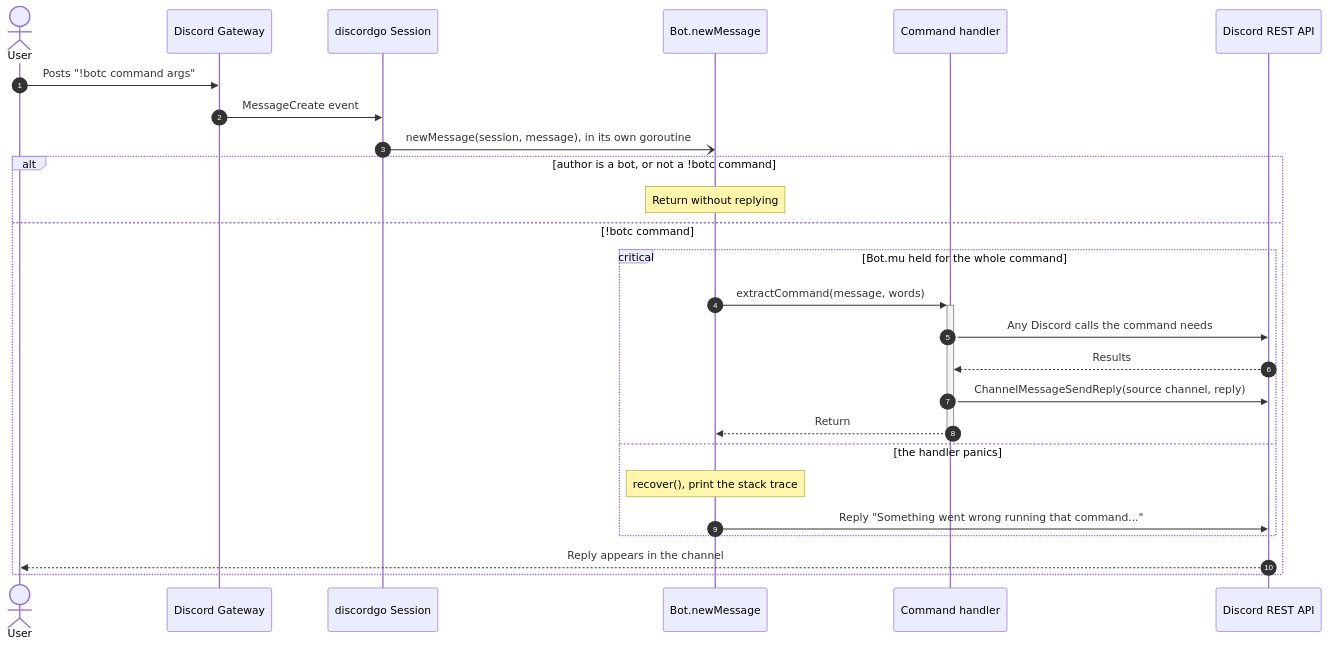
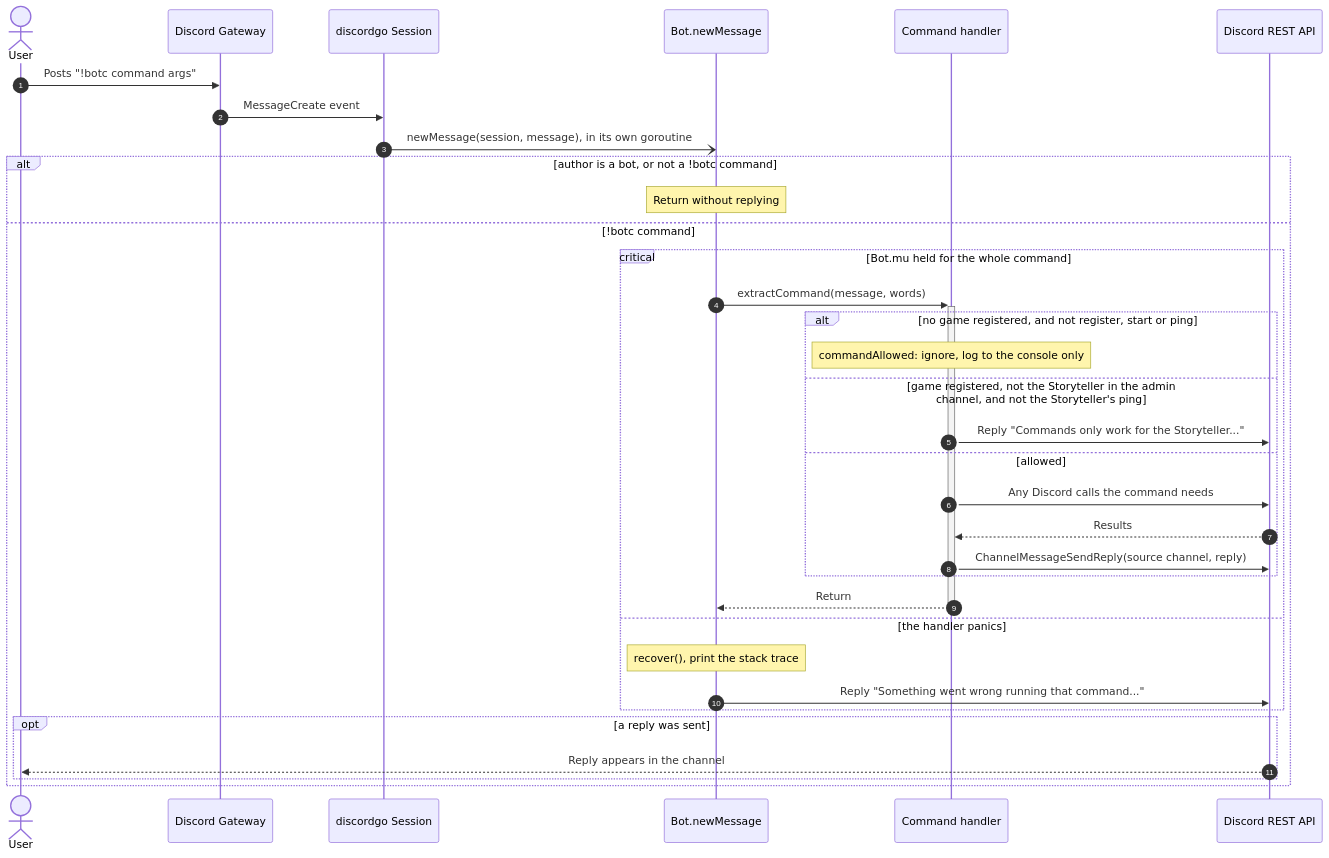
The second of 3 diagrams in docs/uml/command-dispatch.md (RAGNOARAKNOS/BotOnTheClocktower), drawn with Mermaid before and after one commit. The commit also changed other lines of this file and 18 other files, not shown here.

First line of the commit message:
Update command access rules and behaviour for game commands

````diff
--- a/docs/uml/command-dispatch.md
+++ b/docs/uml/command-dispatch.md
@@ -48,29 +49,37 @@
 ```mermaid
 sequenceDiagram
     autonumber
     actor User
     participant Gateway as Discord Gateway
     participant Session as discordgo Session
     participant Bot as Bot.newMessage
     participant Handler as Command handler
     participant REST as Discord REST API
 
     User->>Gateway: Posts "!botc command args"
     Gateway->>Session: MessageCreate event
     Session-)Bot: newMessage(session, message), in its own goroutine
     alt author is a bot, or not a !botc command
         Note over Bot: Return without replying
     else !botc command
         critical Bot.mu held for the whole command
             Bot->>+Handler: extractCommand(message, words)
-            Handler->>REST: Any Discord calls the command needs
-            REST-->>Handler: Results
-            Handler->>REST: ChannelMessageSendReply(source channel, reply)
+            alt no game registered, and not register, start or ping
+                Note over Handler: commandAllowed: ignore, log to the console only
+            else game registered, not the Storyteller in the admin channel, and not the Storyteller's ping
+                Handler->>REST: Reply "Commands only work for the Storyteller..."
+            else allowed
+                Handler->>REST: Any Discord calls the command needs
+                REST-->>Handler: Results
+                Handler->>REST: ChannelMessageSendReply(source channel, reply)
+            end
             Handler-->>-Bot: Return
         option the handler panics
             Note over Bot: recover(), print the stack trace
             Bot->>REST: Reply "Something went wrong running that command..."
         end
-        REST-->>User: Reply appears in the channel
+        opt a reply was sent
+            REST-->>User: Reply appears in the channel
+        end
     end
 ```
````
